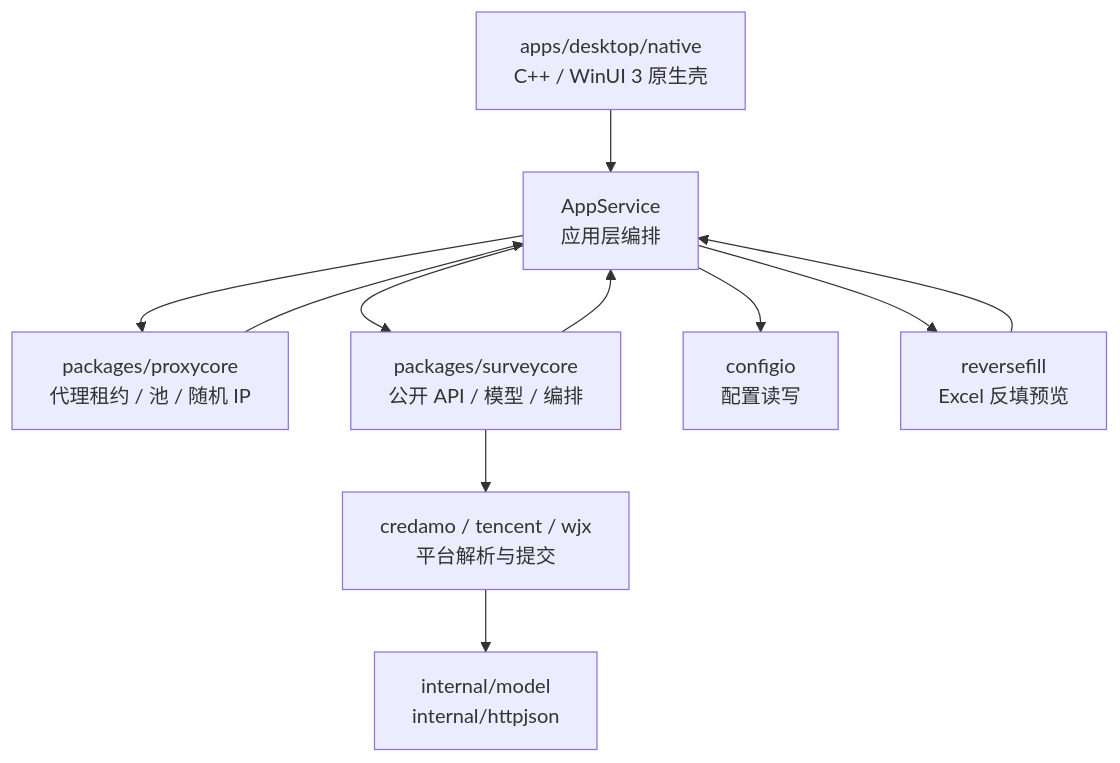
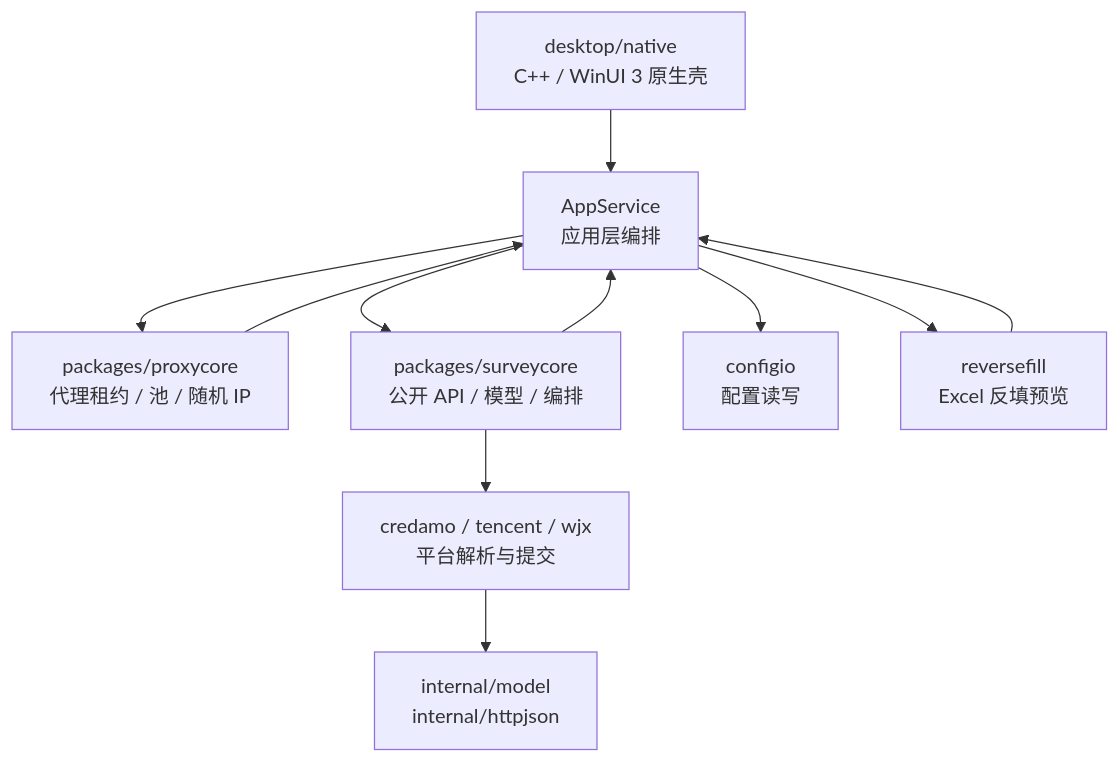
The first of 2 diagrams in README.md (hungryM0/SurveyController), drawn with Mermaid before and after one commit. The commit also changed 145 other files, not shown here.

````diff
--- a/README.md
+++ b/README.md
@@ -58,22 +58,22 @@
 ```mermaid
 flowchart TB
-  ui["apps/desktop/native<br/>C++ / WinUI 3 原生壳"]
+  ui["desktop/native<br/>C++ / WinUI 3 原生壳"]
   service["AppService<br/>应用层编排"]
   proxy["packages/proxycore<br/>代理租约 / 池 / 随机 IP"]
   survey["packages/surveycore<br/>公开 API / 模型 / 编排"]
   configio["configio<br/>配置读写"]
   reversefill["reversefill<br/>Excel 反填预览"]
   providers["credamo / tencent / wjx<br/>平台解析与提交"]
   internal["internal/model<br/>internal/httpjson"]
 
   ui --> service
   service --> proxy
   service --> survey
   service --> configio
   service --> reversefill
   survey --> providers
   providers --> internal
   proxy --> service
   survey --> service
   reversefill --> service
 ```
````
